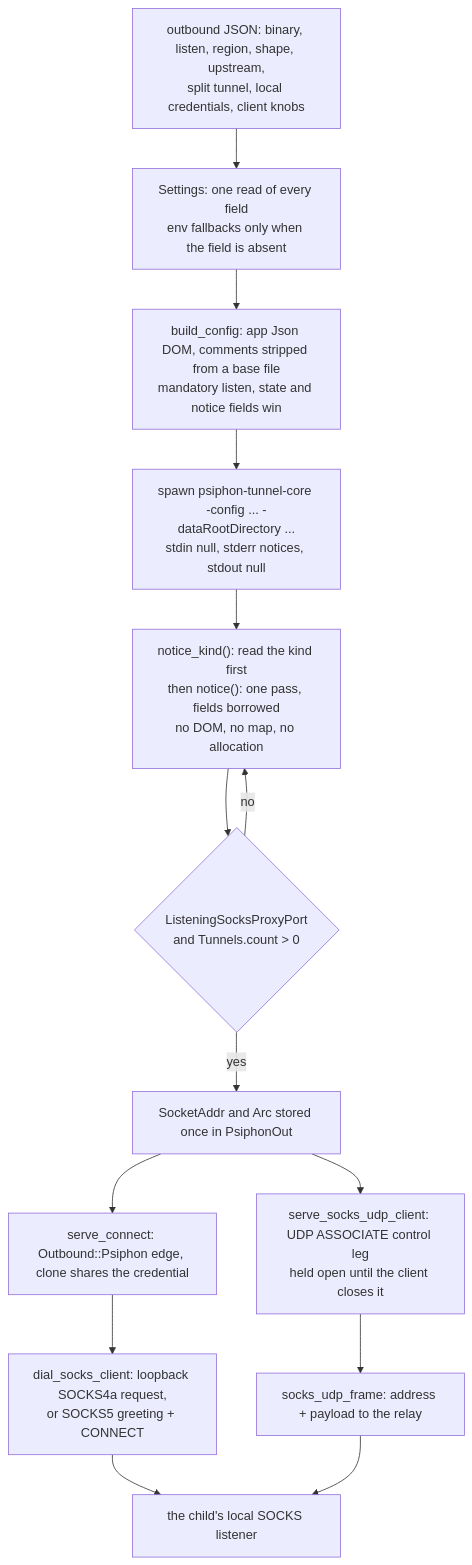
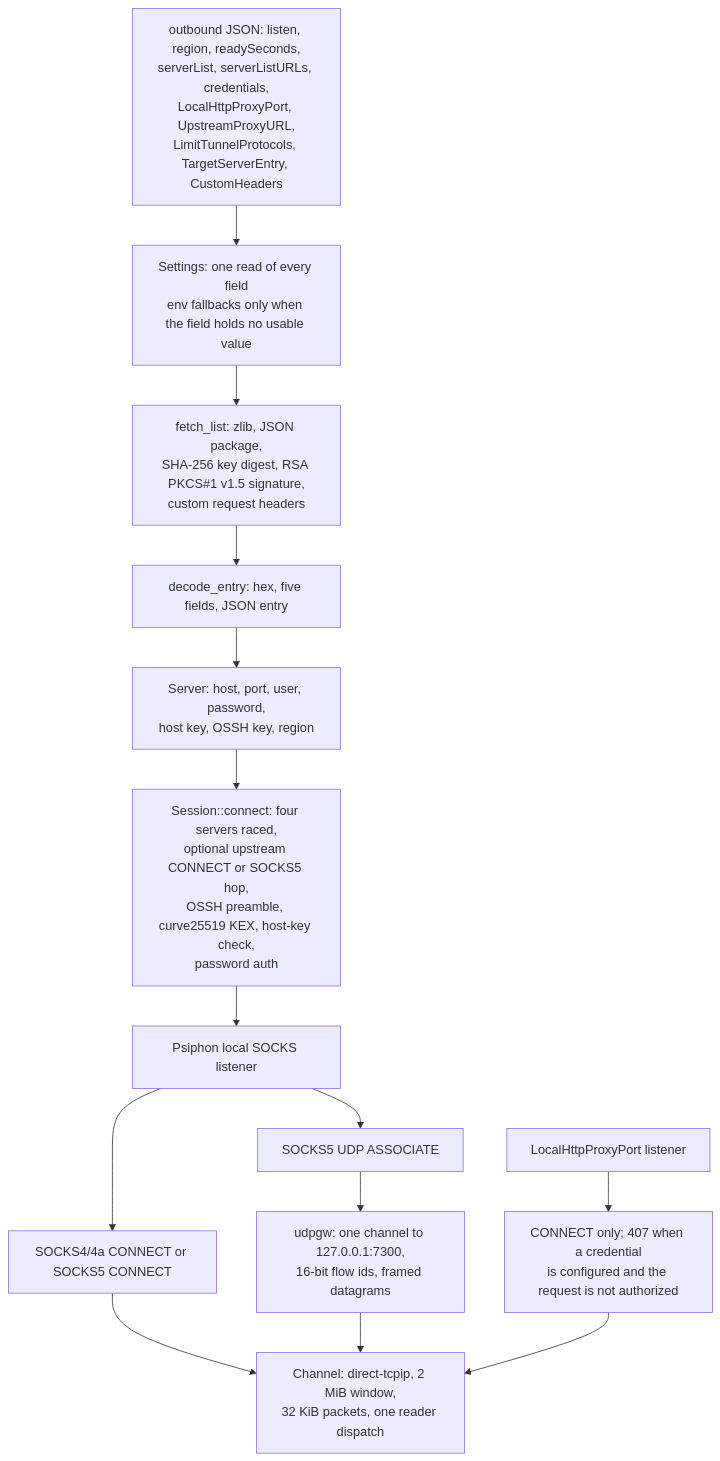
The diagram in docs/function/carrier-psiphon.md (Ferrocite/ferrox), drawn with Mermaid before and after one commit. The commit also changed other lines of this file and 12 other files, not shown here.

First line of the commit message:
psiphon: speak OSSH/SSH natively, race four servers, and measure beside the reference

````diff
--- a/docs/function/carrier-psiphon.md
+++ b/docs/function/carrier-psiphon.md
@@ -7,16 +7,16 @@
 ```mermaid
 graph TD
-    A["outbound JSON: binary, listen, region, shape, upstream,<br/>split tunnel, local credentials, client knobs"] --> B["Settings: one read of every field<br/>env fallbacks only when the field is absent"]
-    B --> C["build_config: app Json DOM, comments stripped from a base file<br/>mandatory listen, state and notice fields win"]
-    C --> D["spawn psiphon-tunnel-core -config ... -dataRootDirectory ...<br/>stdin null, stderr notices, stdout null"]
-    D --> E["notice_kind(): read the kind first<br/>then notice(): one pass, fields borrowed<br/>no DOM, no map, no allocation"]
-    E --> F{"ListeningSocksProxyPort<br/>and Tunnels.count > 0"}
-    F -->|no| E
-    F -->|yes| G["SocketAddr and Arc<Credential> stored once in PsiphonOut"]
-    G --> H["serve_connect: Outbound::Psiphon edge, clone shares the credential"]
-    H --> I["dial_socks_client: loopback SOCKS4a request,<br/>or SOCKS5 greeting + CONNECT"]
-    I --> J["the child's local SOCKS listener"]
-    G --> K["serve_socks_udp_client: UDP ASSOCIATE control leg<br/>held open until the client closes it"]
-    K --> L["socks_udp_frame: address + payload to the relay"]
-    L --> J
+    A["outbound JSON: listen, region, readySeconds,<br/>serverList, serverListURLs, credentials,<br/>LocalHttpProxyPort, UpstreamProxyURL,<br/>LimitTunnelProtocols, TargetServerEntry, CustomHeaders"] --> B["Settings: one read of every field<br/>env fallbacks only when the field holds no usable value"]
+    B --> C["fetch_list: zlib, JSON package,<br/>SHA-256 key digest, RSA PKCS#1 v1.5 signature,<br/>custom request headers"]
+    C --> D["decode_entry: hex, five fields, JSON entry"]
+    D --> E["Server: host, port, user, password,<br/>host key, OSSH key, region"]
+    E --> F["Session::connect: four servers raced,<br/>optional upstream CONNECT or SOCKS5 hop,<br/>OSSH preamble, curve25519 KEX, host-key check,<br/>password auth"]
+    F --> G["Psiphon local SOCKS listener"]
+    G --> H["SOCKS4/4a CONNECT or SOCKS5 CONNECT"]
+    H --> I["Channel: direct-tcpip, 2 MiB window,<br/>32 KiB packets, one reader dispatch"]
+    G --> J["SOCKS5 UDP ASSOCIATE"]
+    J --> K["udpgw: one channel to 127.0.0.1:7300,<br/>16-bit flow ids, framed datagrams"]
+    K --> I
+    L["LocalHttpProxyPort listener"] --> M["CONNECT only; 407 when a credential<br/>is configured and the request is not authorized"]
+    M --> I
 ```
````
